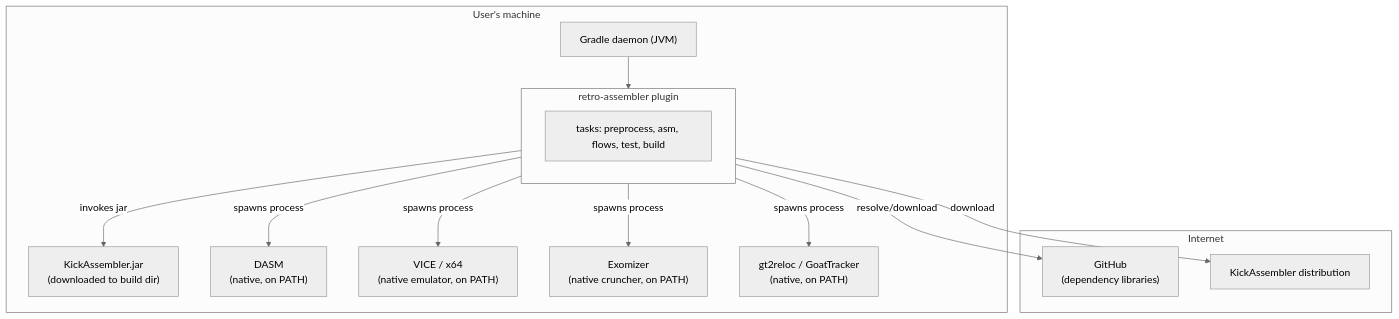
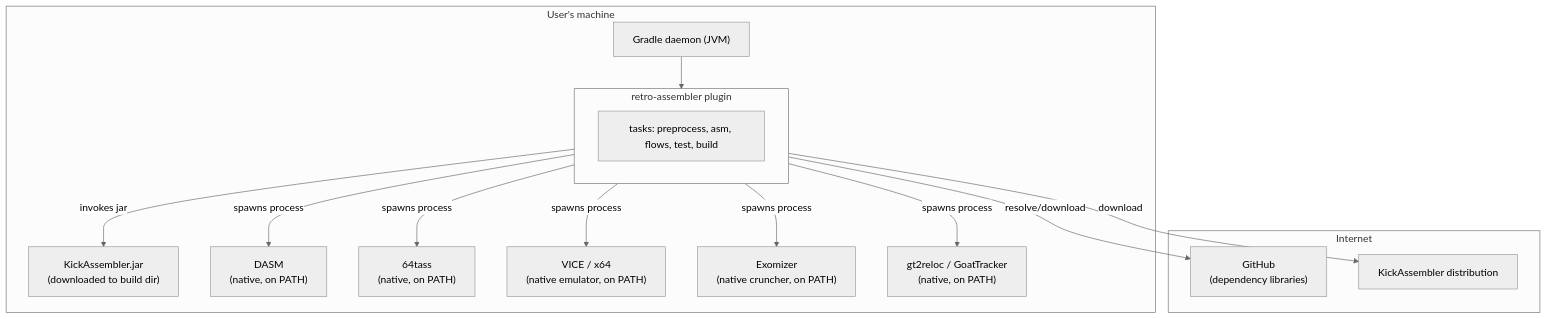
One commit to c64lib/gradle-retro-assembler-plugin changed the second of 2 diagrams in doc/arc42/07_deployment_view.md. Above: the diagram before and after it, drawn with Mermaid (neutral theme). The commit also changed other lines of this file and 35 other files, not shown here.

First line of the commit message:
Add 64tass (TASM) assembler support in compilers and flows domains

````diff
--- a/doc/arc42/07_deployment_view.md
+++ b/doc/arc42/07_deployment_view.md
@@ -50,30 +50,32 @@
 ```mermaid
 flowchart TB
     subgraph user["User's machine"]
         gradle["Gradle daemon (JVM)"]
         subgraph plugin["retro-assembler plugin"]
             tasks["tasks: preprocess, asm, flows, test, build"]
         end
         gradle --> plugin
 
         ka["KickAssembler.jar<br/>(downloaded to build dir)"]
         dasm["DASM<br/>(native, on PATH)"]
+        tass["64tass<br/>(native, on PATH)"]
         vice["VICE / x64<br/>(native emulator, on PATH)"]
         exo["Exomizer<br/>(native cruncher, on PATH)"]
         gt["gt2reloc / GoatTracker<br/>(native, on PATH)"]
 
         plugin -->|invokes jar| ka
         plugin -->|spawns process| dasm
+        plugin -->|spawns process| tass
         plugin -->|spawns process| vice
         plugin -->|spawns process| exo
         plugin -->|spawns process| gt
     end
 
     subgraph net["Internet"]
         gh["GitHub<br/>(dependency libraries)"]
         kadl["KickAssembler distribution"]
     end
 
     plugin -->|resolve/download| gh
     plugin -->|download| kadl
 ```
````
